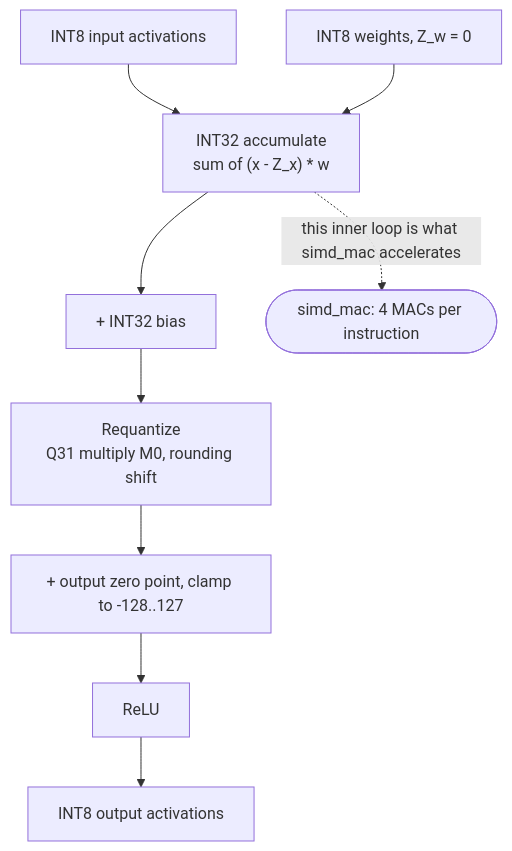
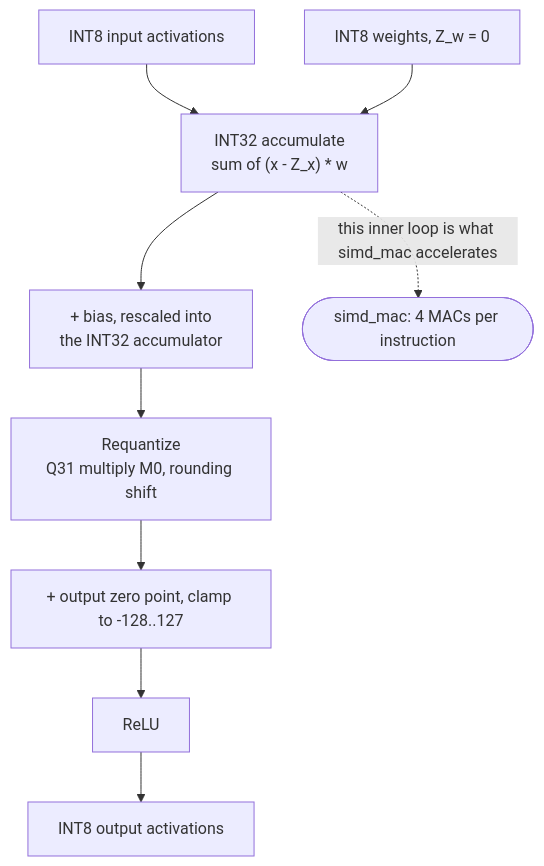
One commit to sajedulislam5840/riscv-edge-ai changed the third of 5 diagrams in README.md. Above: the diagram before and after it, drawn with Mermaid. The commit also changed other lines of this file and 8 other files, not shown here.

````diff
--- a/README.md
+++ b/README.md
@@ -131,11 +141,11 @@
 ```mermaid
 flowchart TD
     X["INT8 input activations"] --> M["INT32 accumulate<br/>sum of (x - Z_x) * w"]
     W["INT8 weights, Z_w = 0"] --> M
-    M --> Bi["+ INT32 bias"]
+    M --> Bi["+ bias, rescaled into<br/>the INT32 accumulator"]
     Bi --> R["Requantize<br/>Q31 multiply M0, rounding shift"]
     R --> Z["+ output zero point, clamp to -128..127"]
     Z --> A["ReLU"]
     A --> Y["INT8 output activations"]
     M -.->|"this inner loop is what simd_mac accelerates"| SM(["simd_mac: 4 MACs per instruction"])
 ```
````
